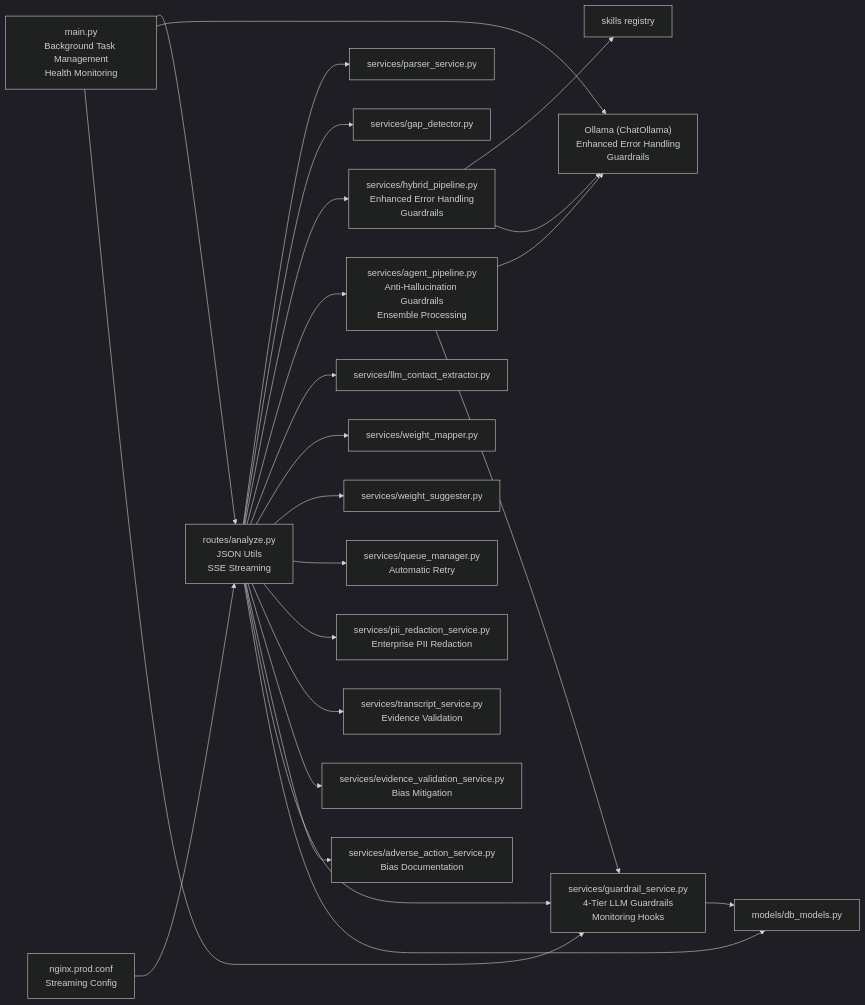
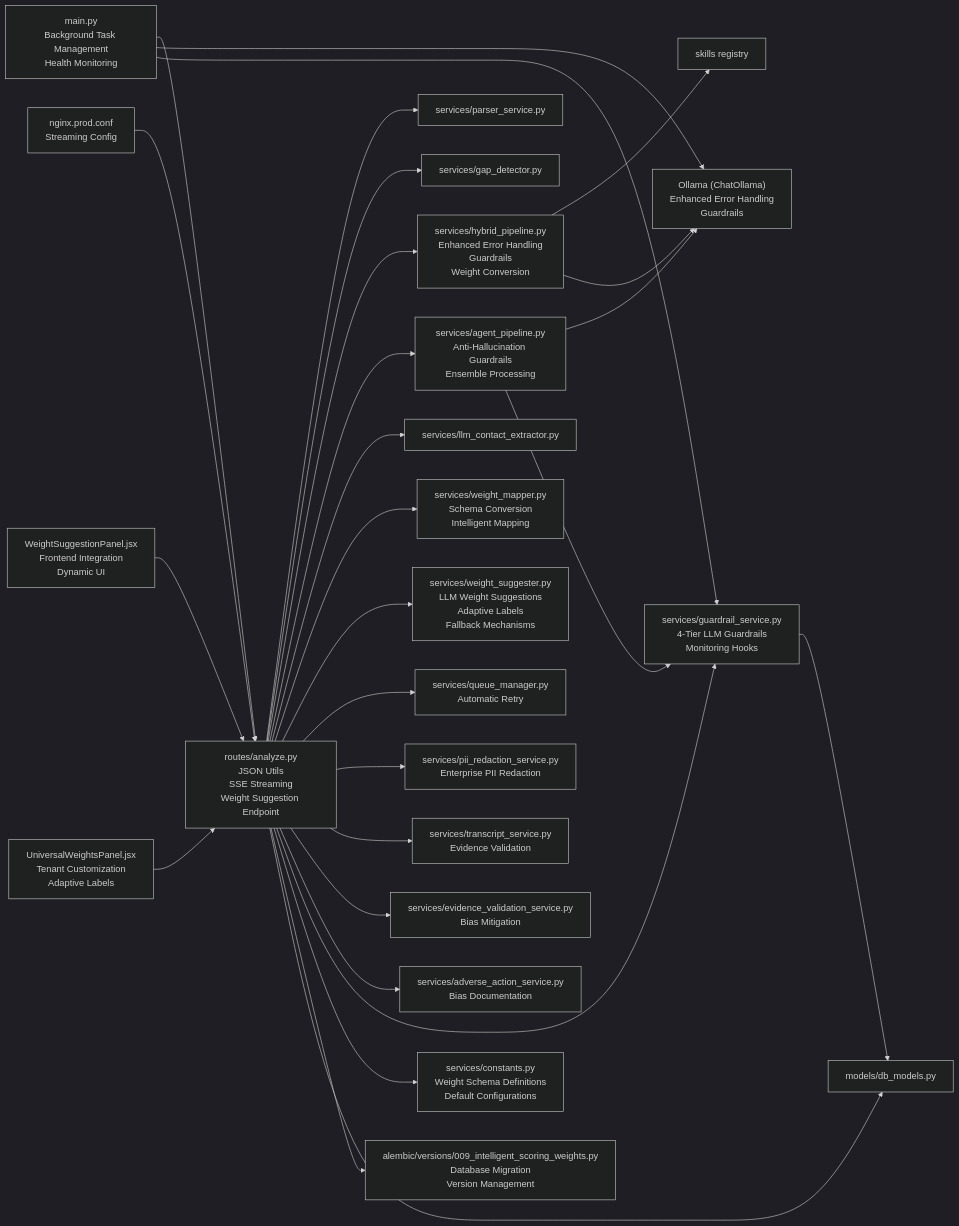
Before and after one commit to Revanththetalogics/aireume: diagram 30 of 30 in .qoder/repowiki/en/content/Analysis Engine/Analysis Engine.md, drawn with Mermaid (dark theme). The commit also changed other lines of this file and 41 other files, not shown here.

````diff
--- a/.qoder/repowiki/en/content/Analysis Engine/Analysis Engine.md
+++ b/.qoder/repowiki/en/content/Analysis Engine/Analysis Engine.md
@@ -1541,26 +1614,30 @@
 ```mermaid
 graph LR
-Route["routes/analyze.py<br/>JSON Utils<br/>SSE Streaming"] --> Parser["services/parser_service.py"]
+Route["routes/analyze.py<br/>JSON Utils<br/>SSE Streaming<br/>Weight Suggestion Endpoint"] --> Parser["services/parser_service.py"]
 Route --> Gap["services/gap_detector.py"]
-Route --> Hybrid["services/hybrid_pipeline.py<br/>Enhanced Error Handling<br/>Guardrails"]
+Route --> Hybrid["services/hybrid_pipeline.py<br/>Enhanced Error Handling<br/>Guardrails<br/>Weight Conversion"]
 Route --> Agent["services/agent_pipeline.py<br/>Anti-Hallucination Guardrails<br/>Ensemble Processing"]
 Route --> Contact["services/llm_contact_extractor.py"]
-Route --> WeightMapper["services/weight_mapper.py"]
-Route --> WeightSuggester["services/weight_suggester.py"]
+Route --> WeightMapper["services/weight_mapper.py<br/>Schema Conversion<br/>Intelligent Mapping"]
+Route --> WeightSuggester["services/weight_suggester.py<br/>LLM Weight Suggestions<br/>Adaptive Labels<br/>Fallback Mechanisms"]
 Route --> QueueManager["services/queue_manager.py<br/>Automatic Retry"]
 Route --> PII["services/pii_redaction_service.py<br/>Enterprise PII Redaction"]
 Route --> Transcript["services/transcript_service.py<br/>Evidence Validation"]
 Route --> Evidence["services/evidence_validation_service.py<br/>Bias Mitigation"]
 Route --> Adverse["services/adverse_action_service.py<br/>Bias Documentation"]
 Route --> Guardrail["services/guardrail_service.py<br/>4-Tier LLM Guardrails<br/>Monitoring Hooks"]
+Route --> Constants["services/constants.py<br/>Weight Schema Definitions<br/>Default Configurations"]
+Route --> Migration["alembic/versions/009_intelligent_scoring_weights.py<br/>Database Migration<br/>Version Management"]
 Hybrid --> Skills["skills registry"]
 Hybrid --> Ollama["Ollama (ChatOllama)<br/>Enhanced Error Handling<br/>Guardrails"]
 Agent --> Ollama
 Agent --> Guardrail
 Guardrail --> Models["models/db_models.py"]
 Route --> Models
 Main["main.py<br/>Background Task Management<br/>Health Monitoring"] --> Route
 Main --> Ollama
 Main --> Guardrail
 Nginx["nginx.prod.conf<br/>Streaming Config"] --> Route
+WeightPanel["WeightSuggestionPanel.jsx<br/>Frontend Integration<br/>Dynamic UI"] --> Route
+UniversalPanel["UniversalWeightsPanel.jsx<br/>Tenant Customization<br/>Adaptive Labels"] --> Route
 ```
````
